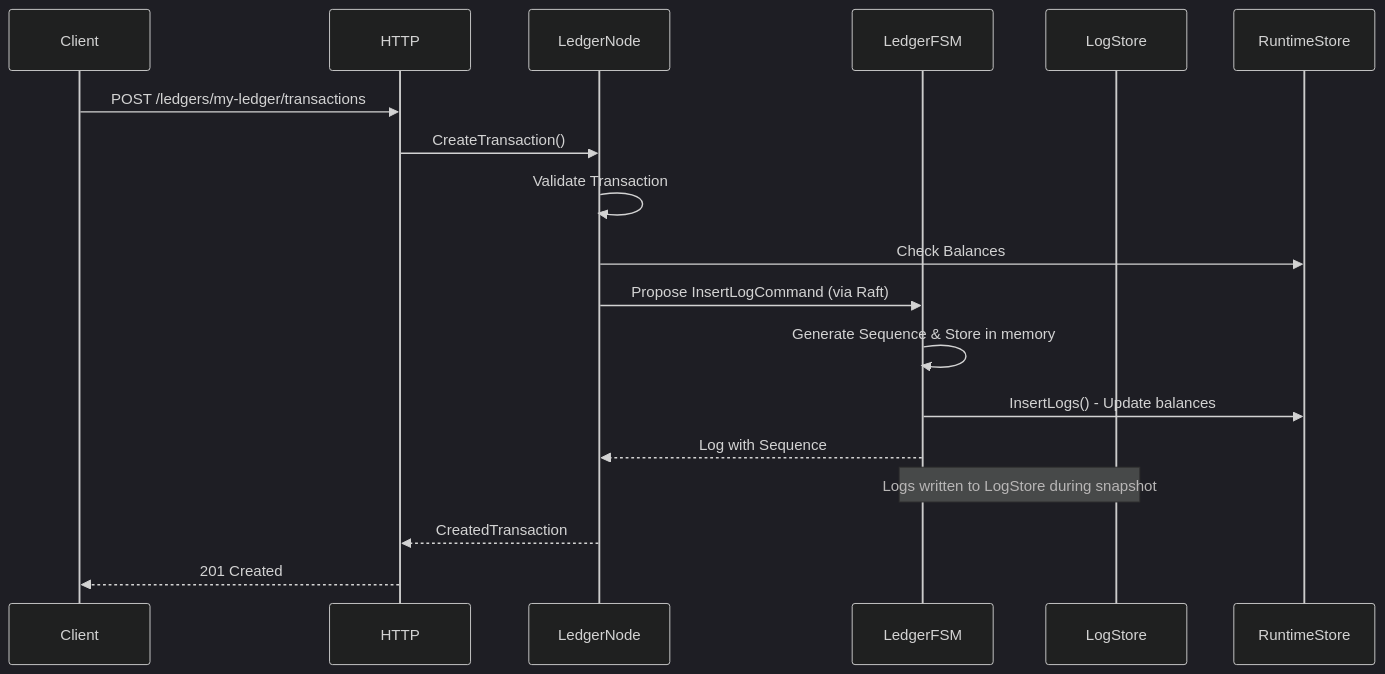
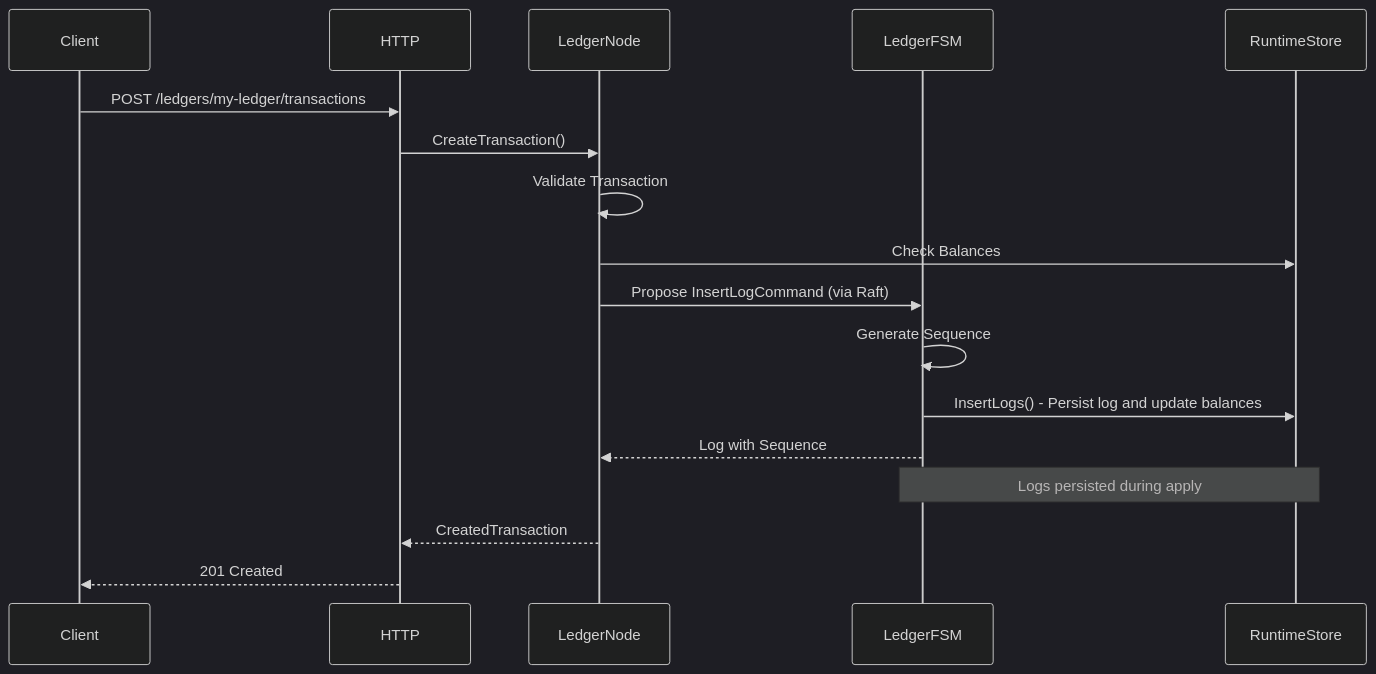
The third of 4 diagrams in docs/buckets-ledgers.md (formancehq/ledger), drawn with Mermaid (dark theme) before and after one commit. The commit also changed other lines of this file and 66 other files, not shown here.

````diff
--- a/docs/buckets-ledgers.md
+++ b/docs/buckets-ledgers.md
@@ -184,21 +184,20 @@
 ```mermaid
 sequenceDiagram
     participant Client
     participant HTTP
     participant LedgerNode
     participant LedgerFSM
-    participant LogStore
     participant RuntimeStore
     
     Client->>HTTP: POST /ledgers/my-ledger/transactions
     HTTP->>LedgerNode: CreateTransaction()
     LedgerNode->>LedgerNode: Validate Transaction
     LedgerNode->>RuntimeStore: Check Balances
     LedgerNode->>LedgerFSM: Propose InsertLogCommand (via Raft)
-    LedgerFSM->>LedgerFSM: Generate Sequence & Store in memory
-    LedgerFSM->>RuntimeStore: InsertLogs() - Update balances
+    LedgerFSM->>LedgerFSM: Generate Sequence
+    LedgerFSM->>RuntimeStore: InsertLogs() - Persist log and update balances
     LedgerFSM-->>LedgerNode: Log with Sequence
-    Note over LedgerFSM,LogStore: Logs written to LogStore during snapshot
+    Note over LedgerFSM,RuntimeStore: Logs persisted during apply
     LedgerNode-->>HTTP: CreatedTransaction
     HTTP-->>Client: 201 Created
 ```
````
